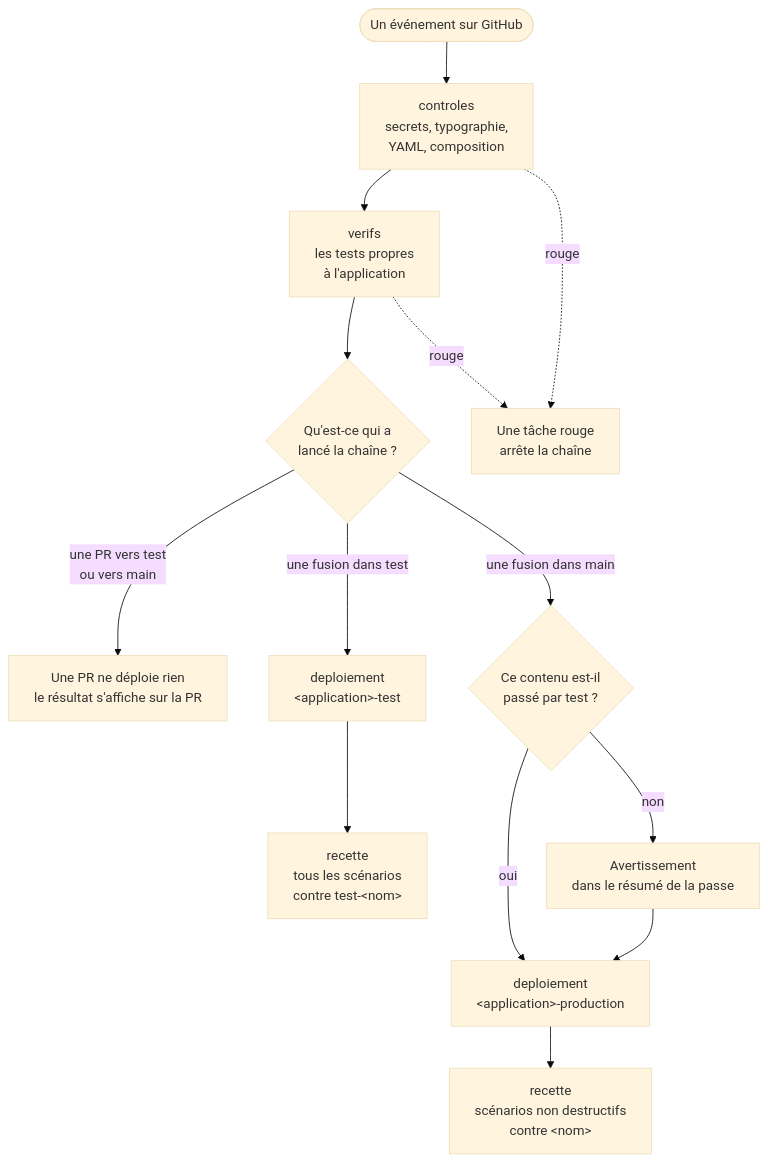
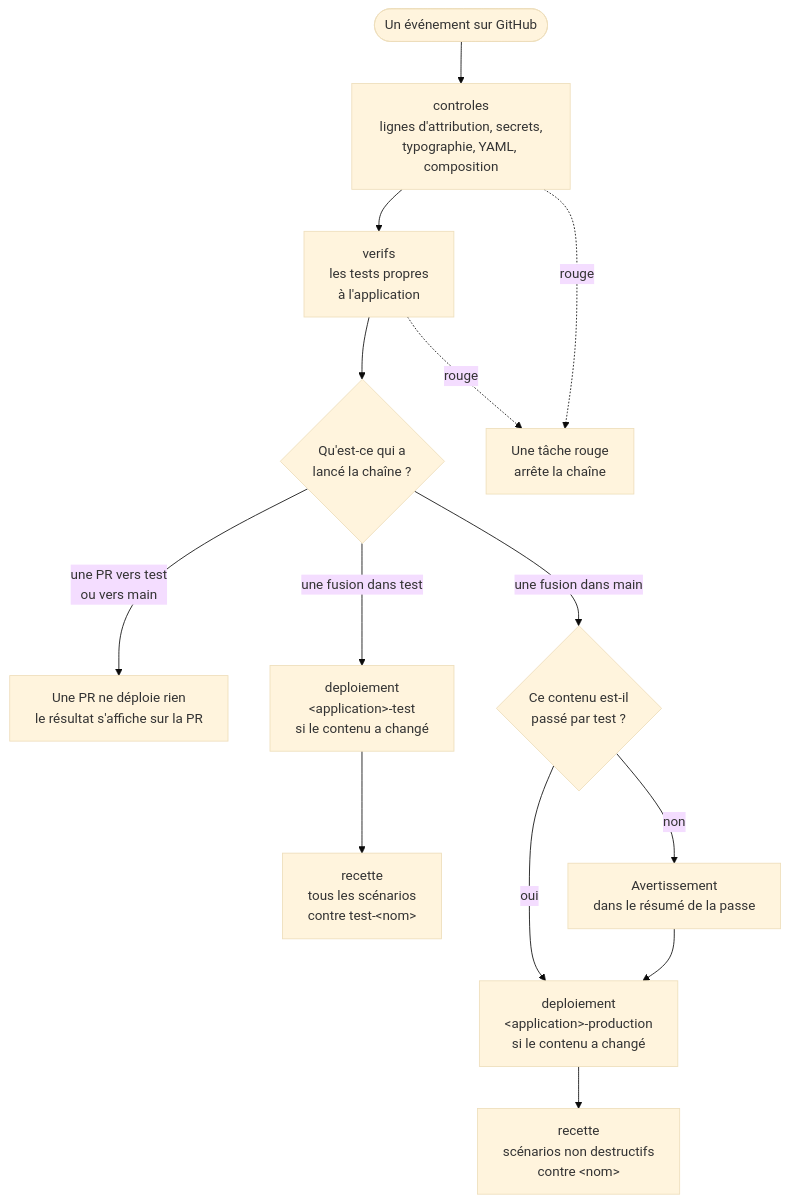
One commit to oscar-organisation/oscar-general-gouvernance-project changed the diagram in docs/schemas/04-la-chaine.mmd. Above: the diagram before and after it, drawn with Mermaid (base theme). The commit also changed 89 other files, not shown here.

```diff
--- a/docs/schemas/04-la-chaine.mmd
+++ b/docs/schemas/04-la-chaine.mmd
@@ -1,27 +1,27 @@
 %% La chaîne: ses tâches, et ce qui se passe selon l'événement.
 %% Source de 04-la-chaine.svg. L'image ne se retouche jamais à la main.
 %% Après une modification, depuis la racine du dépôt:
 %%   docker compose -f docs/outils/compose.yaml run --rm schemas
 flowchart TB
   evenement(["Un événement sur GitHub"])
-  controles["controles<br>secrets, typographie,<br>YAML, composition"]
+  controles["controles<br>lignes d'attribution, secrets,<br>typographie, YAML, composition"]
   verifs["verifs<br>les tests propres<br>à l'application"]
   quoi{"Qu'est-ce qui a<br>lancé la chaîne ?"}
   pr["Une PR ne déploie rien<br>le résultat s'affiche sur la PR"]:::discret
-  deptest["deploiement<br>#lt;application#gt;-test"]
+  deptest["deploiement<br>#lt;application#gt;-test<br>si le contenu a changé"]
   rectest["recette<br>tous les scénarios<br>contre test-#lt;nom#gt;"]
   passage{"Ce contenu est-il<br>passé par test ?"}:::accent
   avertissement["Avertissement<br>dans le résumé de la passe"]:::attention
-  depprod["deploiement<br>#lt;application#gt;-production"]
+  depprod["deploiement<br>#lt;application#gt;-production<br>si le contenu a changé"]
   recprod["recette<br>scénarios non destructifs<br>contre #lt;nom#gt;"]
   rouge["Une tâche rouge<br>arrête la chaîne"]:::attention
 
   evenement --> controles --> verifs --> quoi
   quoi -- "une PR vers test<br>ou vers main" --> pr
   quoi -- "une fusion dans test" --> deptest --> rectest
   quoi -- "une fusion dans main" --> passage
   passage -- "oui" --> depprod
   passage -- "non" --> avertissement --> depprod
   depprod --> recprod
   controles -. "rouge" .-> rouge
   verifs -. "rouge" .-> rouge
```
